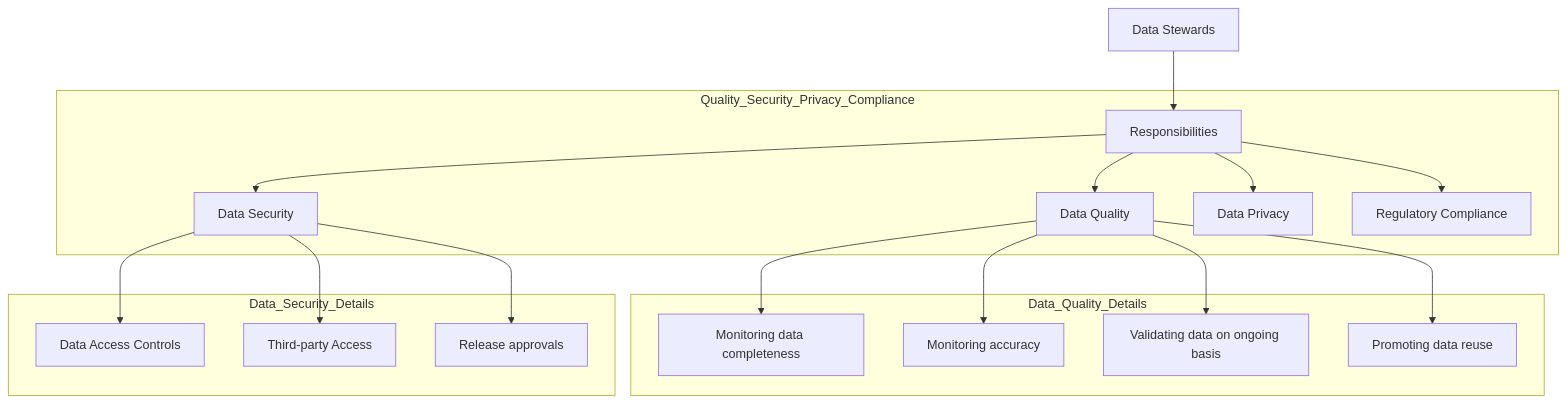
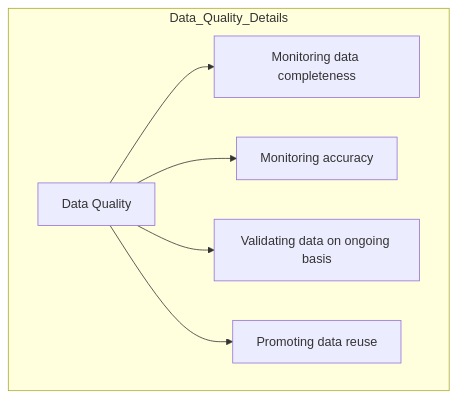
One commit to shyamsunderrai/DMC changed the fourth of 7 diagrams in Governance/Governance.MD. Above: the diagram before and after it, drawn with Mermaid. The commit also changed other lines of this file, not shown here.

````diff
--- a/Governance/Governance.MD
+++ b/Governance/Governance.MD
@@ -45,25 +65,11 @@
-```mermaid
-graph TD
-    A[Data Stewards]
-    A --> B[Responsibilities]
+    ```mermaid
+    graph TD
+        C[Data Quality]
 
-    subgraph Quality_Security_Privacy_Compliance
-        B --> C[Data Quality]
-        B --> D[Data Security]
-        B --> L[Data Privacy]
-        B --> M[Regulatory Compliance]
-    end
-
-    subgraph Data_Quality_Details
-        C --> E[Monitoring data completeness]
-        C --> F[Monitoring accuracy]
-        C --> G[Validating data on ongoing basis]
-        C --> H[Promoting data reuse]
-    end
-
-    subgraph Data_Security_Details
-        D --> I[Data Access Controls]
-        D --> J[Third-party Access]
-        D --> K[Release approvals]
-    end
-```
+        subgraph Data_Quality_Details
+            C --> E[Monitoring data completeness]
+            C --> F[Monitoring accuracy]
+            C --> G[Validating data on ongoing basis]
+            C --> H[Promoting data reuse]
+        end
+    ```
````
